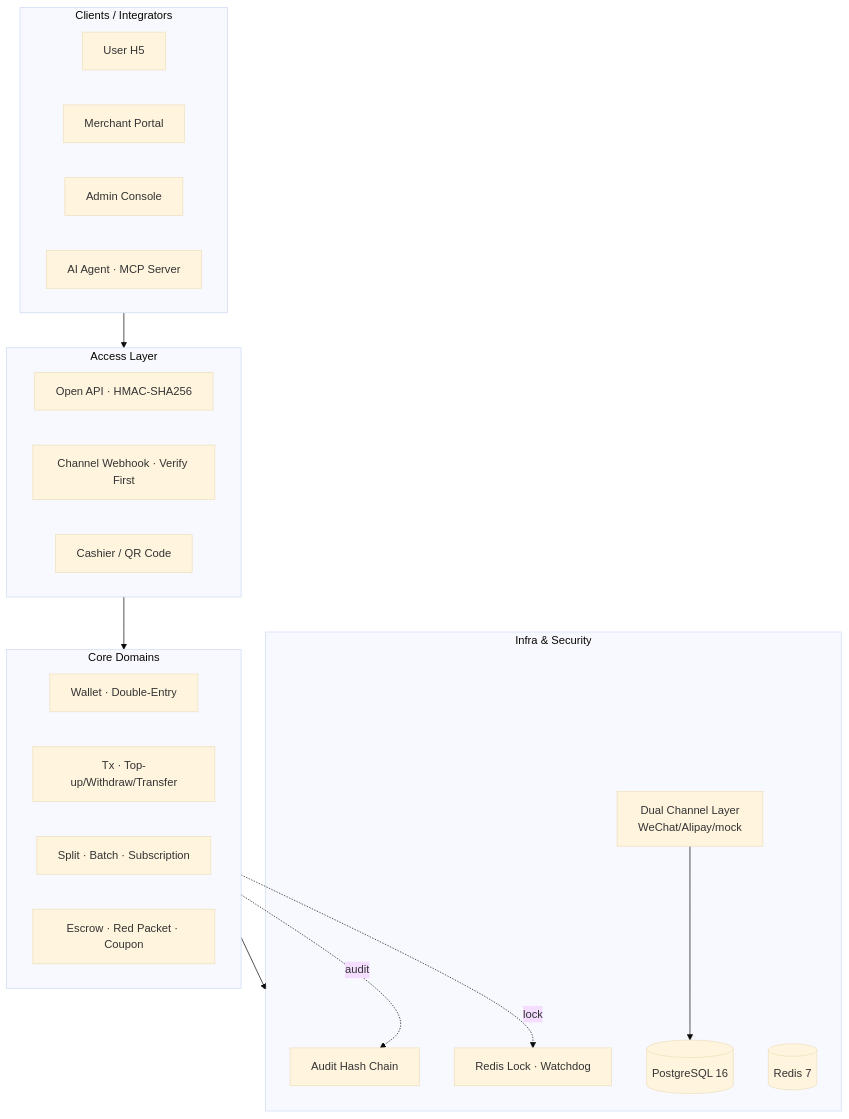
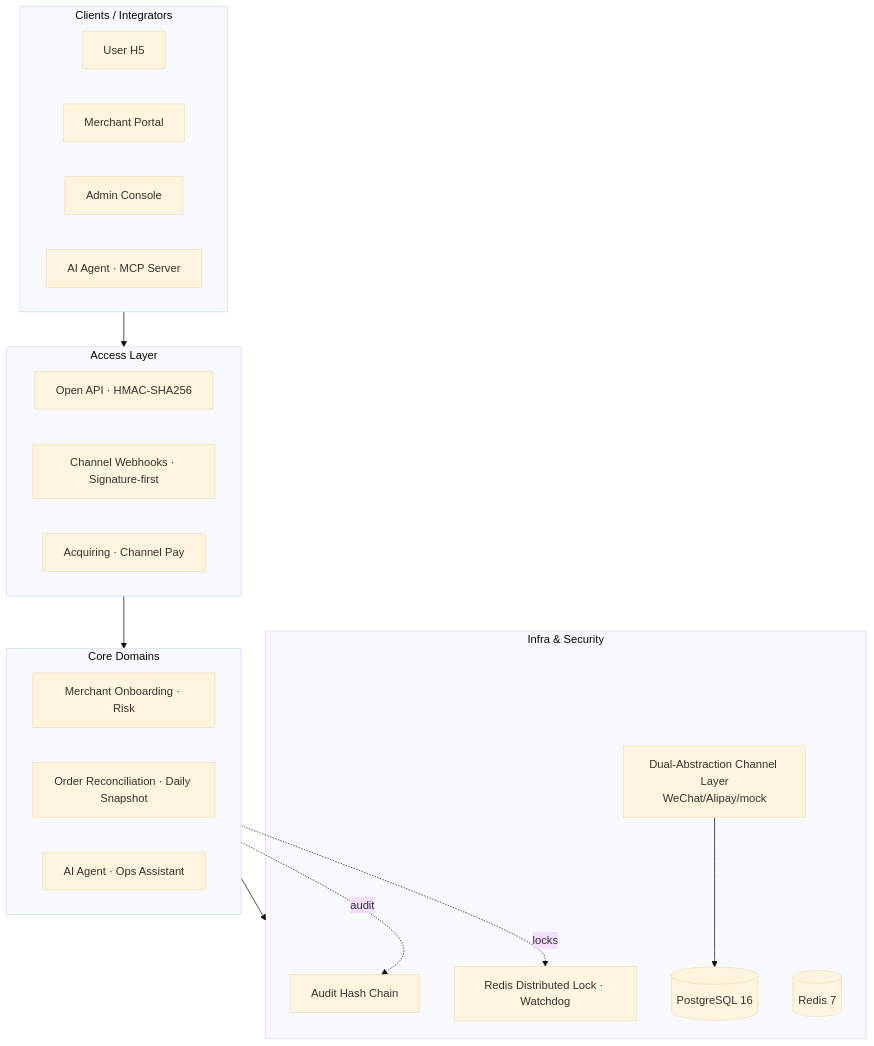
Before and after one commit to Morningstar202604/KeBaiPay: the diagram in README.en.md, drawn with Mermaid (base theme). The commit also changed other lines of this file and 310 other files, not shown here.

````diff
--- a/README.en.md
+++ b/README.en.md
@@ -41,31 +49,31 @@
 ```mermaid
 flowchart TB
     subgraph Client["Clients / Integrators"]
       H5["User H5"]
       Portal["Merchant Portal"]
       Admin["Admin Console"]
       MCP["AI Agent · MCP Server"]
     end
     subgraph Gateway["Access Layer"]
       OpenAPI["Open API · HMAC-SHA256"]
-      Webhook["Channel Webhook · Verify First"]
-      Cashier["Cashier / QR Code"]
+      Webhook["Channel Webhooks · Signature-first"]
+      Cashier["Cashier / Payment QR"]
     end
     subgraph Core["Core Domains"]
-      Wallet["Wallet · Double-Entry"]
-      Tx["Tx · Top-up/Withdraw/Transfer"]
-      Split["Split · Batch · Subscription"]
-      Escrow["Escrow · Red Packet · Coupon"]
+      Cashier["Acquiring · Channel Pay"]
+      Merchant["Merchant Onboarding · Risk"]
+      Reconcile["Order Reconciliation · Daily Snapshot"]
+      Agent["AI Agent · Ops Assistant"]
     end
     subgraph Infra["Infra & Security"]
       Ledger["Audit Hash Chain"]
-      Lock["Redis Lock · Watchdog"]
-      Channel["Dual Channel Layer\nWeChat/Alipay/mock"]
+      Lock["Redis Distributed Lock · Watchdog"]
+      Channel["Dual-Abstraction Channel Layer\nWeChat/Alipay/mock"]
       DB[("PostgreSQL 16")]
       Cache[("Redis 7")]
     end
     Client --> Gateway --> Core --> Infra
     Channel --> DB
     Core -. audit .-> Ledger
-    Core -. lock .-> Lock
+    Core -. locks .-> Lock
 ```
````
